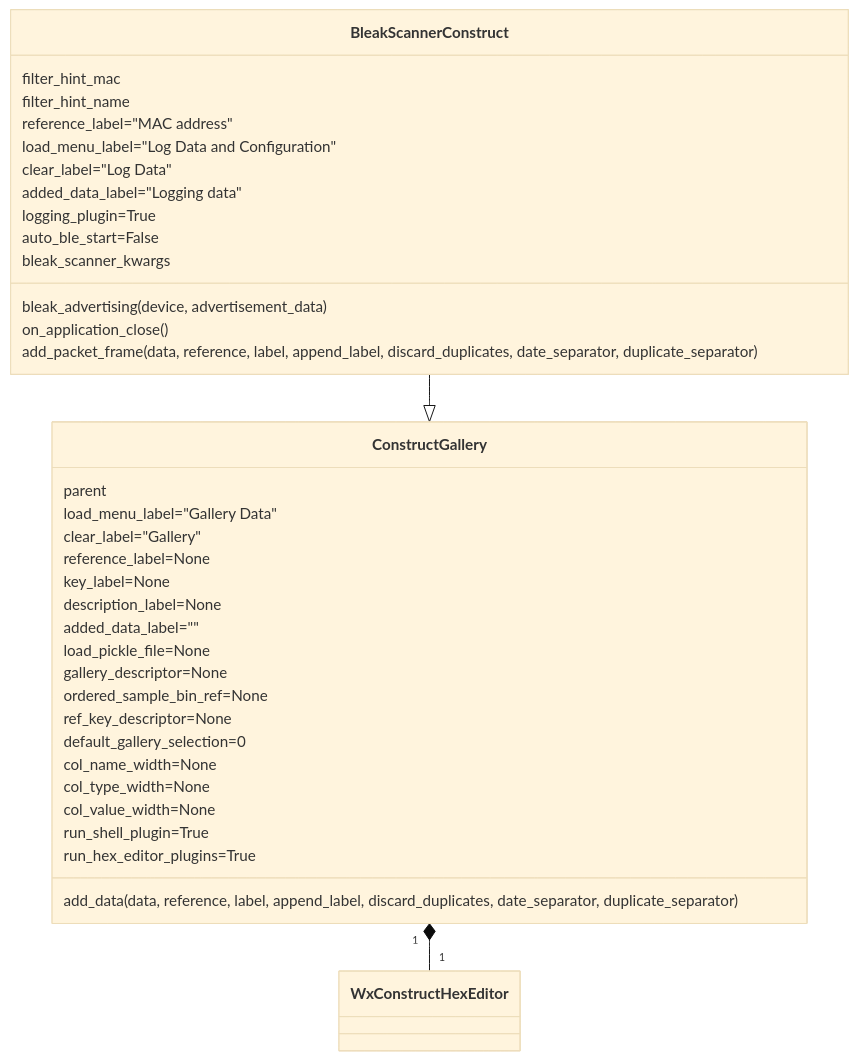
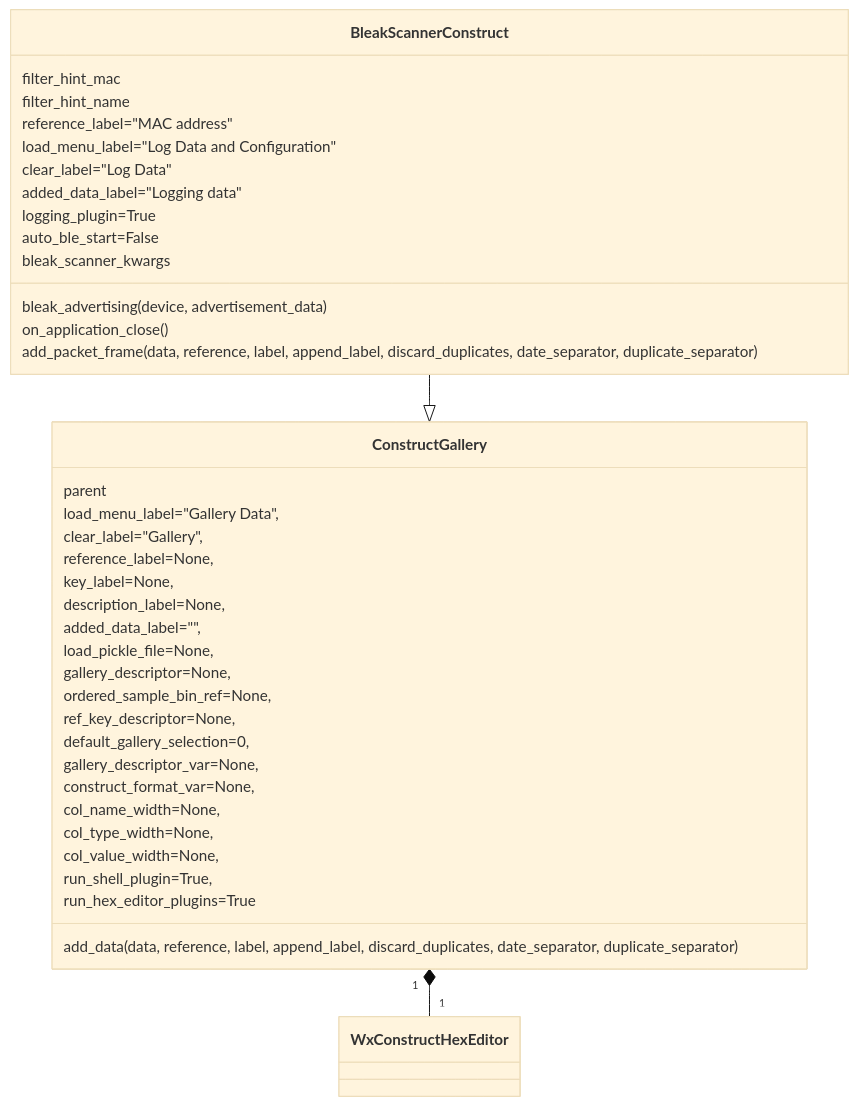
The second of 4 diagrams in README.md (Ircama/construct-gallery), drawn with Mermaid (base theme) before and after one commit. The commit also changed other lines of this file and 1 other file, not shown here.

````diff
--- a/README.md
+++ b/README.md
@@ -783,44 +777,46 @@
 ```mermaid
 classDiagram
     BleakScannerConstruct --|> ConstructGallery
     ConstructGallery "1" *-- "1" WxConstructHexEditor
 
     class BleakScannerConstruct{
         filter_hint_mac
         filter_hint_name
         reference_label="MAC address"
         load_menu_label="Log Data and Configuration"
         clear_label="Log Data"
         added_data_label="Logging data"
         logging_plugin=True
         auto_ble_start=False
         bleak_scanner_kwargs
 
         bleak_advertising(device, advertisement_data)
         on_application_close()
         add_packet_frame(data, reference, label, append_label, discard_duplicates, date_separator, duplicate_separator)
     }
 
     class ConstructGallery{
         parent
 
-        load_menu_label="Gallery Data"
-        clear_label="Gallery"
-        reference_label=None
-        key_label=None
-        description_label=None
-        added_data_label=""
-        load_pickle_file=None
-        gallery_descriptor=None
-        ordered_sample_bin_ref=None
-        ref_key_descriptor=None
-        default_gallery_selection=0
-        col_name_width=None
-        col_type_width=None
-        col_value_width=None
-        run_shell_plugin=True
+        load_menu_label="Gallery Data",
+        clear_label="Gallery",
+        reference_label=None,
+        key_label=None,
+        description_label=None,
+        added_data_label="",
+        load_pickle_file=None,
+        gallery_descriptor=None,
+        ordered_sample_bin_ref=None,
+        ref_key_descriptor=None,
+        default_gallery_selection=0,
+        gallery_descriptor_var=None,
+        construct_format_var=None,
+        col_name_width=None,
+        col_type_width=None,
+        col_value_width=None,
+        run_shell_plugin=True,
         run_hex_editor_plugins=True
 
         add_data(data, reference, label, append_label, discard_duplicates, date_separator, duplicate_separator)
     }
 ```
````
